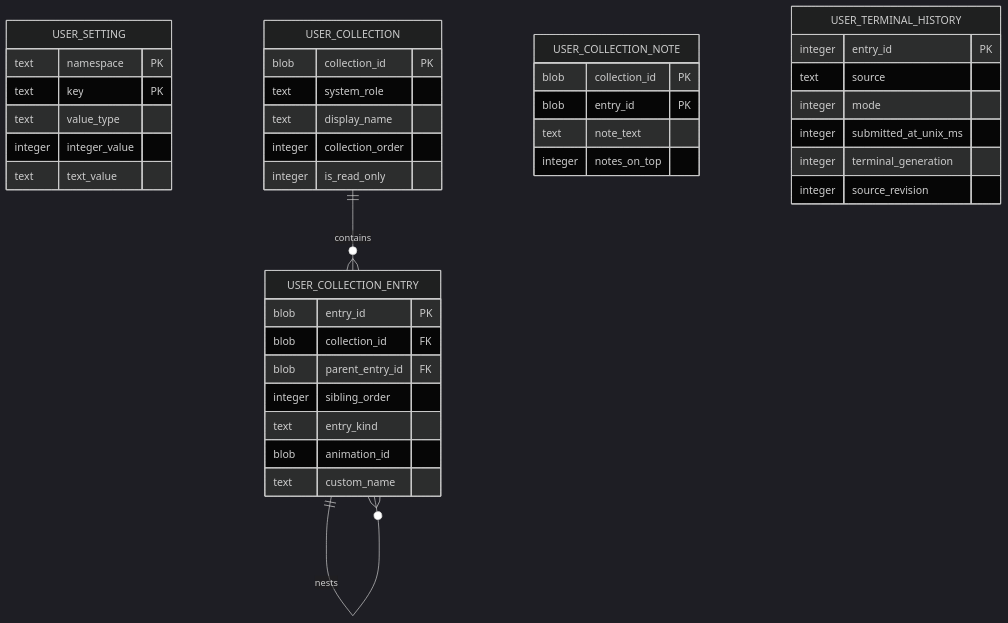
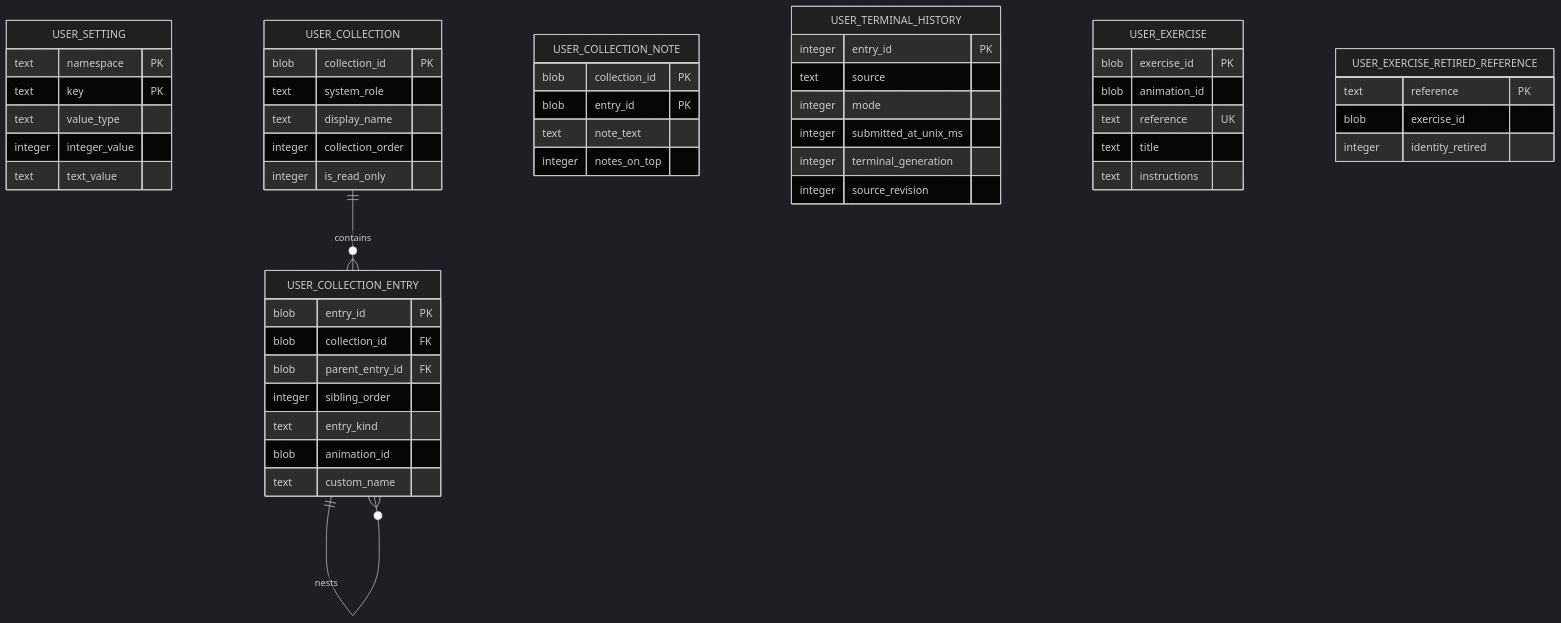
Before and after one commit to derekshoneycutt/Euclid: the fourth of 5 diagrams in docs/wiki/Guides/Sqlite3.md, drawn with Mermaid (dark theme). The commit also changed other lines of this file and 47 other files, not shown here.

````diff
--- a/docs/wiki/Guides/Sqlite3.md
+++ b/docs/wiki/Guides/Sqlite3.md
@@ -254,42 +256,54 @@
 ```mermaid
 erDiagram
     USER_SETTING {
         text namespace PK
         text key PK
         text value_type
         integer integer_value
         text text_value
     }
     USER_COLLECTION {
         blob collection_id PK
         text system_role
         text display_name
         integer collection_order
         integer is_read_only
     }
     USER_COLLECTION_ENTRY {
         blob entry_id PK
         blob collection_id FK
         blob parent_entry_id FK
         integer sibling_order
         text entry_kind
         blob animation_id
         text custom_name
     }
     USER_COLLECTION_NOTE {
         blob collection_id PK
         blob entry_id PK
         text note_text
         integer notes_on_top
     }
     USER_TERMINAL_HISTORY {
         integer entry_id PK
         text source
         integer mode
         integer submitted_at_unix_ms
         integer terminal_generation
         integer source_revision
     }
+    USER_EXERCISE {
+        blob exercise_id PK
+        blob animation_id
+        text reference UK
+        text title
+        text instructions
+    }
+    USER_EXERCISE_RETIRED_REFERENCE {
+        text reference PK
+        blob exercise_id
+        integer identity_retired
+    }
     USER_COLLECTION ||--o{ USER_COLLECTION_ENTRY : contains
     USER_COLLECTION_ENTRY ||--o{ USER_COLLECTION_ENTRY : nests
 ```
````
